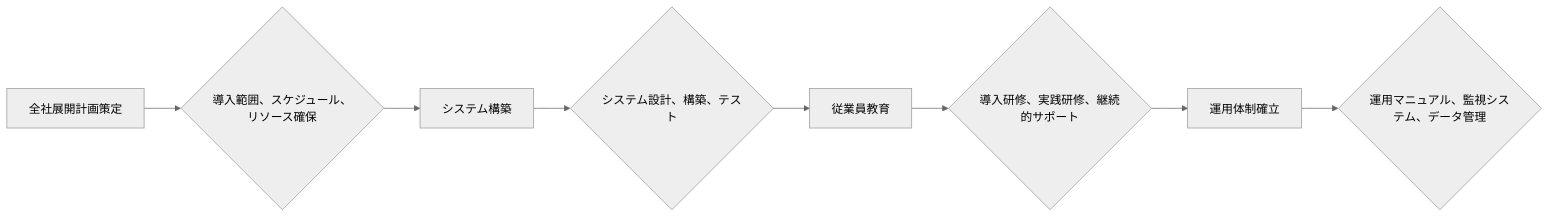
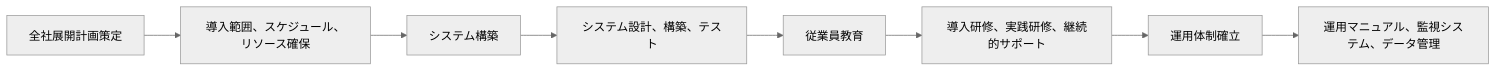
Before and after one commit to SparklingDetergent/doc_genai_How_to_evaluate_the_cost-effectiveness_of_using_generative_AI_for_business_purposes: the eighth of 16 diagrams in README.md, drawn with Mermaid (neutral theme). The commit also changed other lines of this file, not shown here.

````diff
--- a/README.md
+++ b/README.md
@@ -277,10 +288,10 @@
 ```mermaid
 graph LR
-    A[全社展開計画策定] --> B{導入範囲、スケジュール、リソース確保}
+    A[全社展開計画策定] --> B[導入範囲、スケジュール、リソース確保]
     B --> C[システム構築]
-    C --> D{システム設計、構築、テスト}
+    C --> D[システム設計、構築、テスト]
     D --> E[従業員教育]
-    E --> F{導入研修、実践研修、継続的サポート}
+    E --> F[導入研修、実践研修、継続的サポート]
     F --> G[運用体制確立]
-    G --> H{運用マニュアル、監視システム、データ管理}
+    G --> H[運用マニュアル、監視システム、データ管理]
 ```
````
